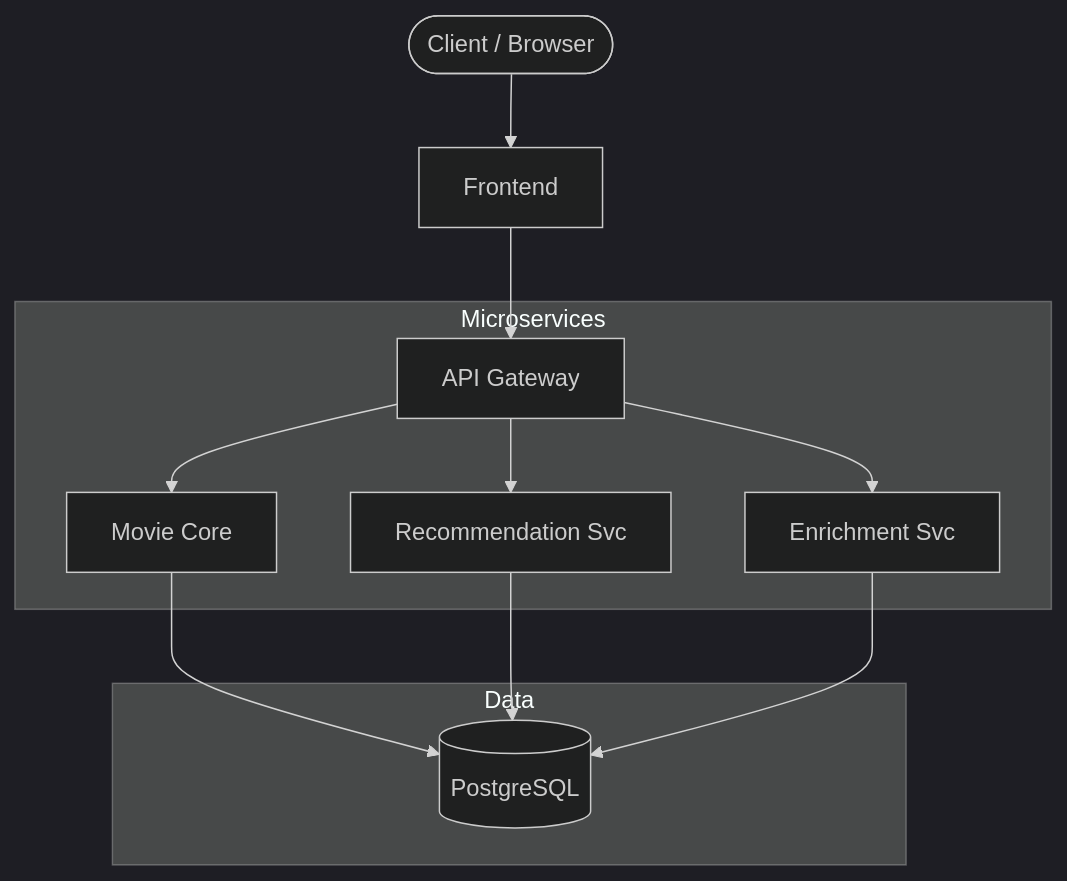
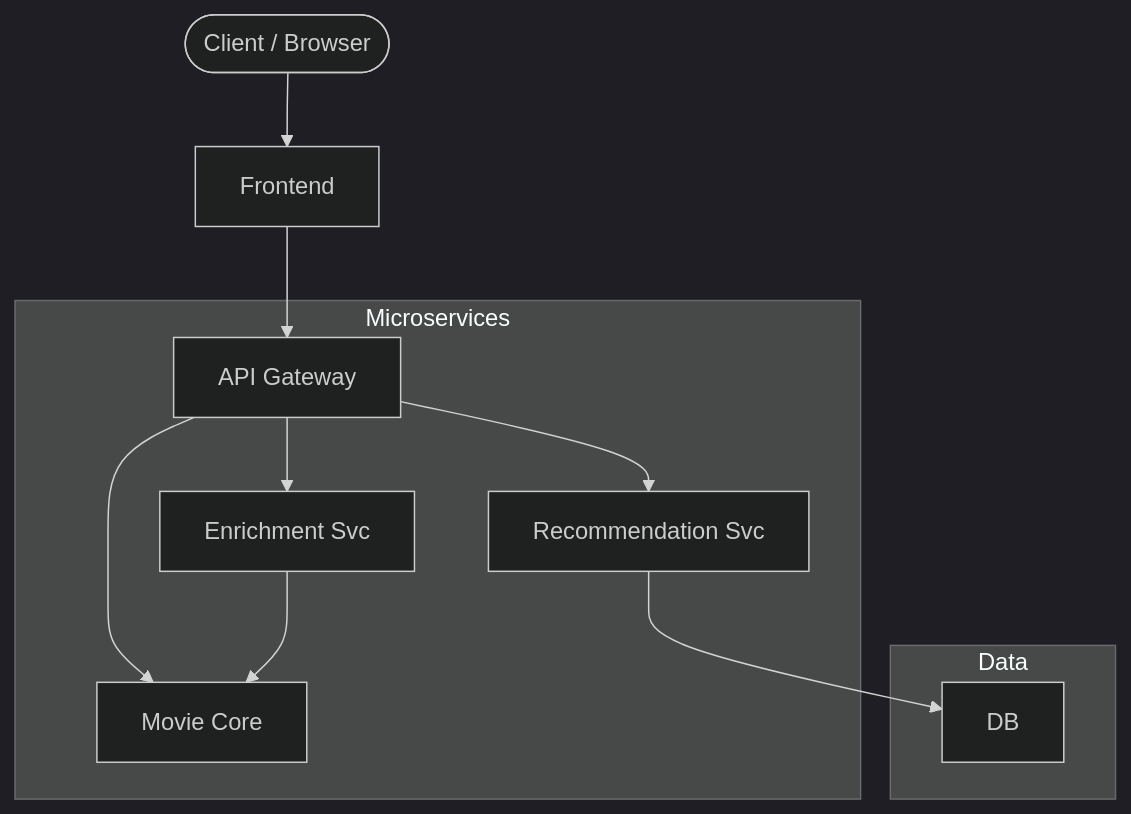
One commit to MaiDormo/movie-match changed the diagram in README.md. Above: the diagram before and after it, drawn with Mermaid (dark theme).

Commit message:
fixed graph README.md

````diff
--- a/README.md
+++ b/README.md
@@ -7,17 +7,16 @@
 ```mermaid
 graph TD
     Client([Client / Browser]) --> Frontend
     Frontend --> Gateway[API Gateway]
     
     subgraph Microservices
         Gateway --> Core[Movie Core]
         Gateway --> Rec[Recommendation Svc]
         Gateway --> Enrich[Enrichment Svc]
     end
     
     subgraph Data
-        Core --> DB[(PostgreSQL)]
         Rec --> DB
-        Enrich --> DB
+        Enrich --> Core
     end
 ```
````
